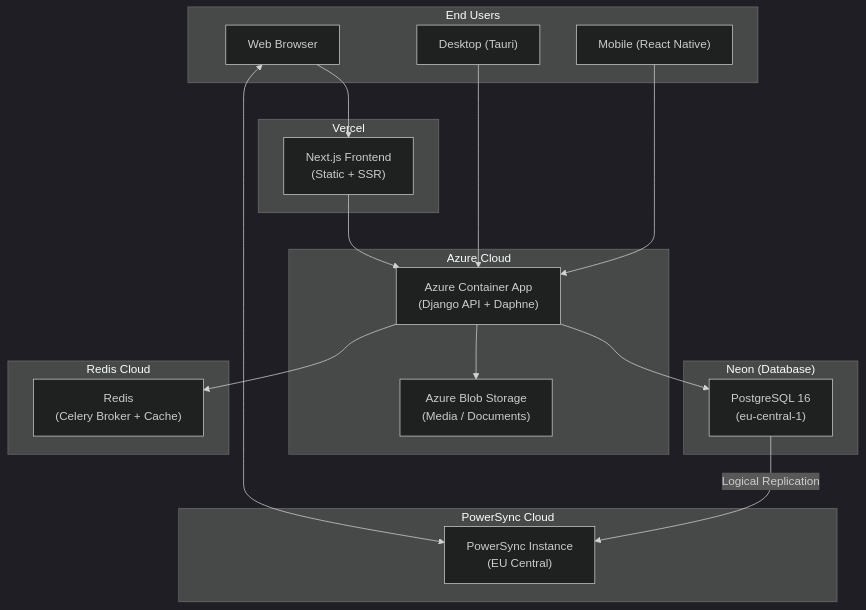
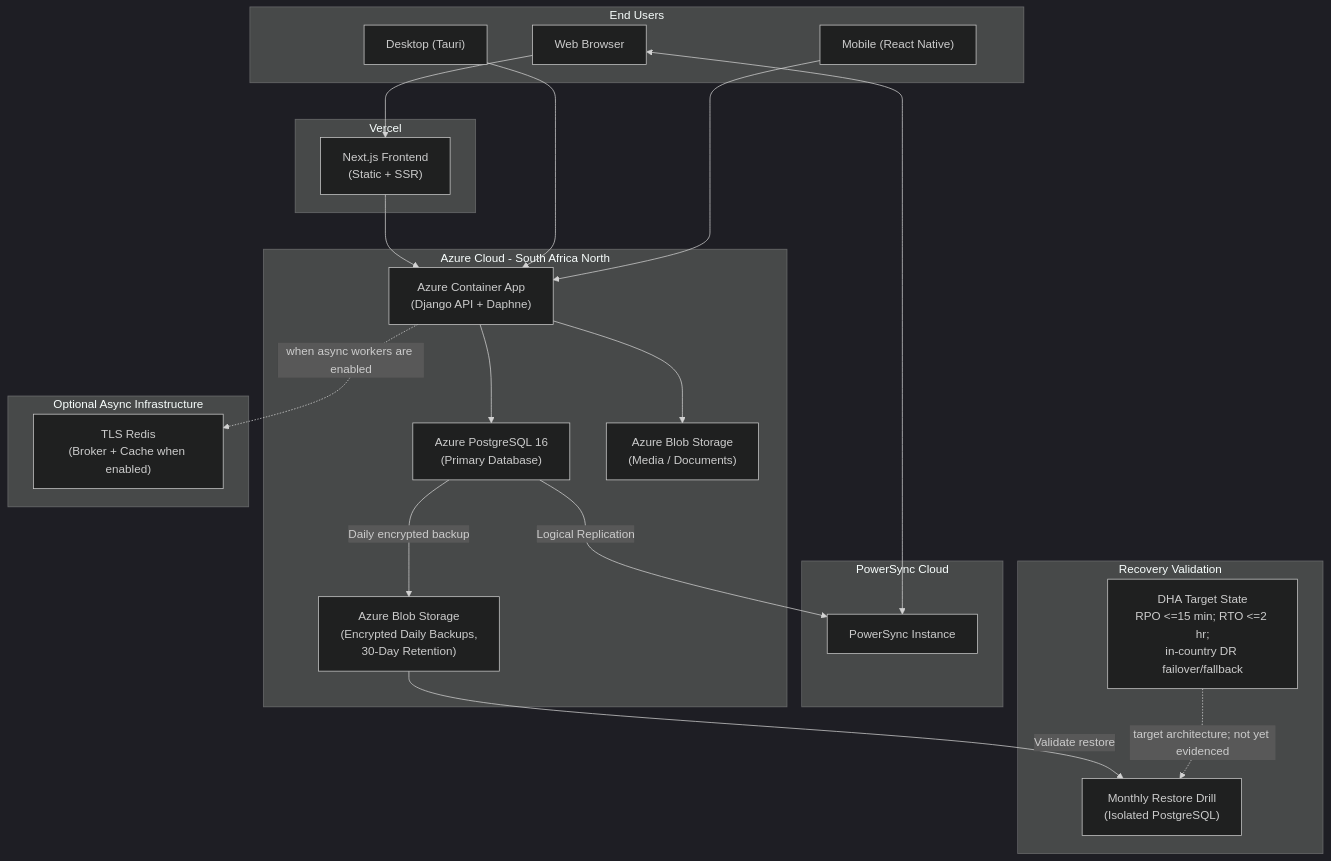
Diagram 15 of 15 in docs/architecture-diagrams.md (nexora-africa-ltd/vitora), drawn with Mermaid (dark theme) before and after one commit. The commit also changed other lines of this file and 6 other files, not shown here.

````diff
--- a/docs/architecture-diagrams.md
+++ b/docs/architecture-diagrams.md
@@ -659,40 +669,46 @@
 ```mermaid
 graph TB
     subgraph Users["End Users"]
         BROWSER["Web Browser"]
         TAURI["Desktop (Tauri)"]
         MOBILE_APP["Mobile (React Native)"]
     end
 
-    subgraph Azure["Azure Cloud"]
-        ACA["Azure Container App<br/>(Django API + Daphne)"]
-        STORAGE["Azure Blob Storage<br/>(Media / Documents)"]
+    subgraph Vercel["Vercel"]
+        VERCEL["Next.js Frontend<br/>(Static + SSR)"]
     end
 
-    subgraph Neon["Neon (Database)"]
-        NEON_PG["PostgreSQL 16<br/>(eu-central-1)"]
+    subgraph Azure["Azure Cloud - South Africa North"]
+        ACA["Azure Container App<br/>(Django API + Daphne)"]
+        AZURE_PG["Azure PostgreSQL 16<br/>(Primary Database)"]
+        STORAGE["Azure Blob Storage<br/>(Media / Documents)"]
+        BACKUPS["Azure Blob Storage<br/>(Encrypted Daily Backups,<br/>30-Day Retention)"]
     end
 
     subgraph PowerSyncCloud["PowerSync Cloud"]
-        PS_INSTANCE["PowerSync Instance<br/>(EU Central)"]
+        PS_INSTANCE["PowerSync Instance"]
     end
 
-    subgraph Redis_Cloud["Redis Cloud"]
-        REDIS_INST["Redis<br/>(Celery Broker + Cache)"]
+    subgraph Async["Optional Async Infrastructure"]
+        REDIS_INST["TLS Redis<br/>(Broker + Cache when enabled)"]
     end
 
-    subgraph CDN["Vercel"]
-        VERCEL["Next.js Frontend<br/>(Static + SSR)"]
+    subgraph DR["Recovery Validation"]
+        RESTORE["Monthly Restore Drill<br/>(Isolated PostgreSQL)"]
+        DHA_TARGET["DHA Target State<br/>RPO <=15 min; RTO <=2 hr;<br/>in-country DR failover/fallback"]
     end
 
     BROWSER --> VERCEL
     VERCEL --> ACA
     BROWSER <--> PS_INSTANCE
     TAURI --> ACA
     MOBILE_APP --> ACA
 
-    ACA --> NEON_PG
-    ACA --> REDIS_INST
+    ACA --> AZURE_PG
+    ACA -. "when async workers are enabled" .-> REDIS_INST
     ACA --> STORAGE
-    NEON_PG -->|"Logical Replication"| PS_INSTANCE
+    AZURE_PG -->|"Logical Replication"| PS_INSTANCE
+    AZURE_PG -->|"Daily encrypted backup"| BACKUPS
+    BACKUPS -->|"Validate restore"| RESTORE
+    DHA_TARGET -. "target architecture; not yet evidenced" .-> RESTORE
 ```
````
